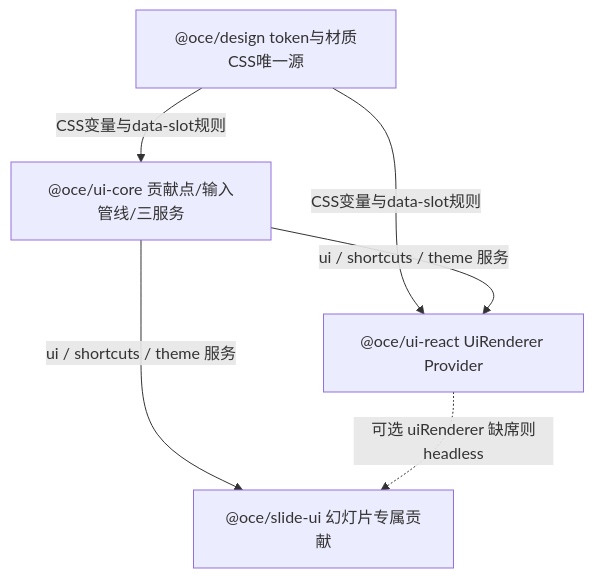
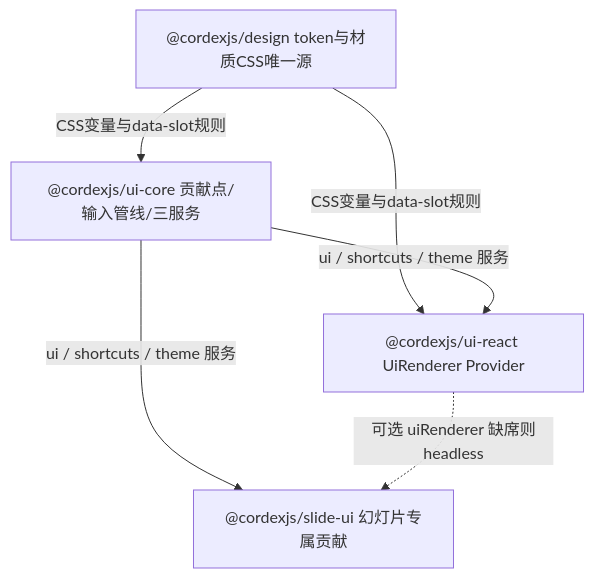
One commit to Xeonice/cordis-ppt-editor changed the fifth of 5 diagrams in docs/40-modules/10-ui-shell-and-slide-ui.md. Above: the diagram before and after it, drawn with Mermaid. The commit also changed other lines of this file and 23 other files, not shown here.

````diff
--- a/docs/40-modules/10-ui-shell-and-slide-ui.md
+++ b/docs/40-modules/10-ui-shell-and-slide-ui.md
@@ -289,12 +291,12 @@
 ```mermaid
 flowchart TB
-design["@oce/design token与材质CSS唯一源"]
-uiCore["@oce/ui-core 贡献点/输入管线/三服务"]
-uiReact["@oce/ui-react UiRenderer Provider"]
-slideUi["@oce/slide-ui 幻灯片专属贡献"]
+design["@cordexjs/design token与材质CSS唯一源"]
+uiCore["@cordexjs/ui-core 贡献点/输入管线/三服务"]
+uiReact["@cordexjs/ui-react UiRenderer Provider"]
+slideUi["@cordexjs/slide-ui 幻灯片专属贡献"]
 design -- "CSS变量与data-slot规则" --> uiCore
 design -- "CSS变量与data-slot规则" --> uiReact
 uiCore -- "ui / shortcuts / theme 服务" --> uiReact
 uiCore -- "ui / shortcuts / theme 服务" --> slideUi
 uiReact -. "可选 uiRenderer 缺席则headless" .-> slideUi
 ```
````
